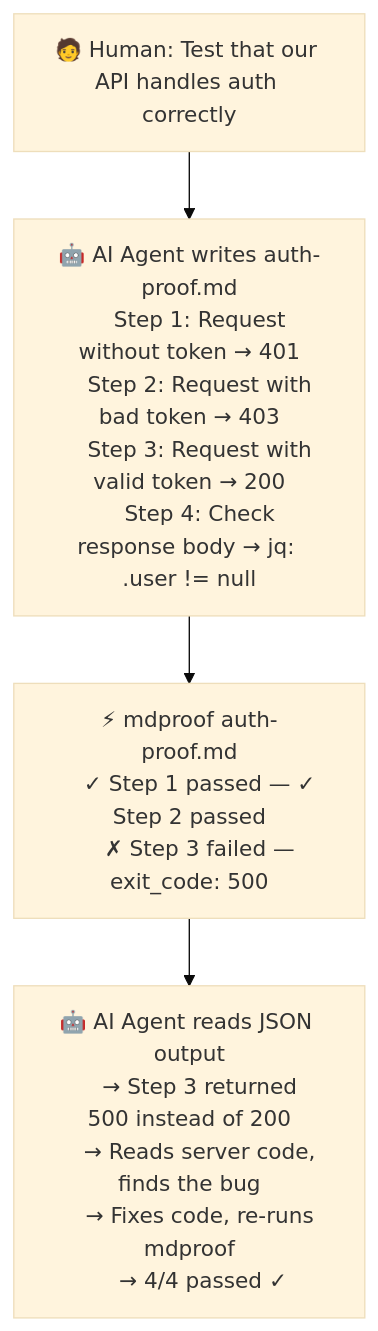
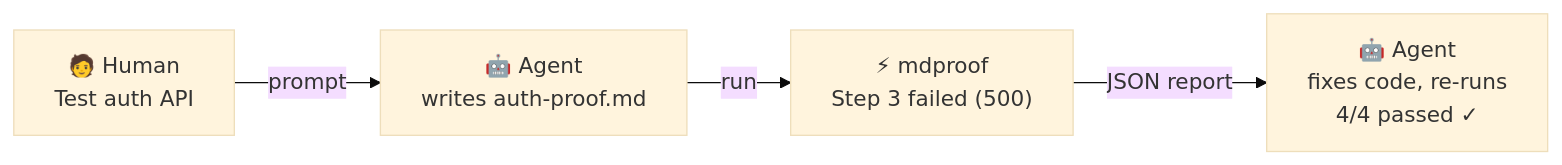
Before and after one commit to Votarymortiseandtenonjoint137/mdproof: the first of 2 diagrams in README.md, drawn with Mermaid (base theme). The commit also changed other lines of this file, not shown here.

Commit message:
fix: use horizontal Mermaid flowcharts for better GitHub rendering

````diff
--- a/README.md
+++ b/README.md
@@ -62,17 +62,11 @@
 ```mermaid
-flowchart TD
-    A["🧑 Human: Test that our API handles auth correctly"] --> B
-    B["🤖 AI Agent writes auth-proof.md
-    Step 1: Request without token → 401
-    Step 2: Request with bad token → 403
-    Step 3: Request with valid token → 200
-    Step 4: Check response body → jq: .user != null"] --> C
-    C["⚡ mdproof auth-proof.md
-    ✓ Step 1 passed — ✓ Step 2 passed
-    ✗ Step 3 failed — exit_code: 500"] --> D
-    D["🤖 AI Agent reads JSON output
-    → Step 3 returned 500 instead of 200
-    → Reads server code, finds the bug
-    → Fixes code, re-runs mdproof
-    → 4/4 passed ✓"]
+flowchart LR
+    A["🧑 Human
+    Test auth API"] -- prompt --> B["🤖 Agent
+    writes auth-proof.md"]
+    B -- run --> C["⚡ mdproof
+    Step 3 failed (500)"]
+    C -- JSON report --> D["🤖 Agent
+    fixes code, re-runs
+    4/4 passed ✓"]
 ```
````
